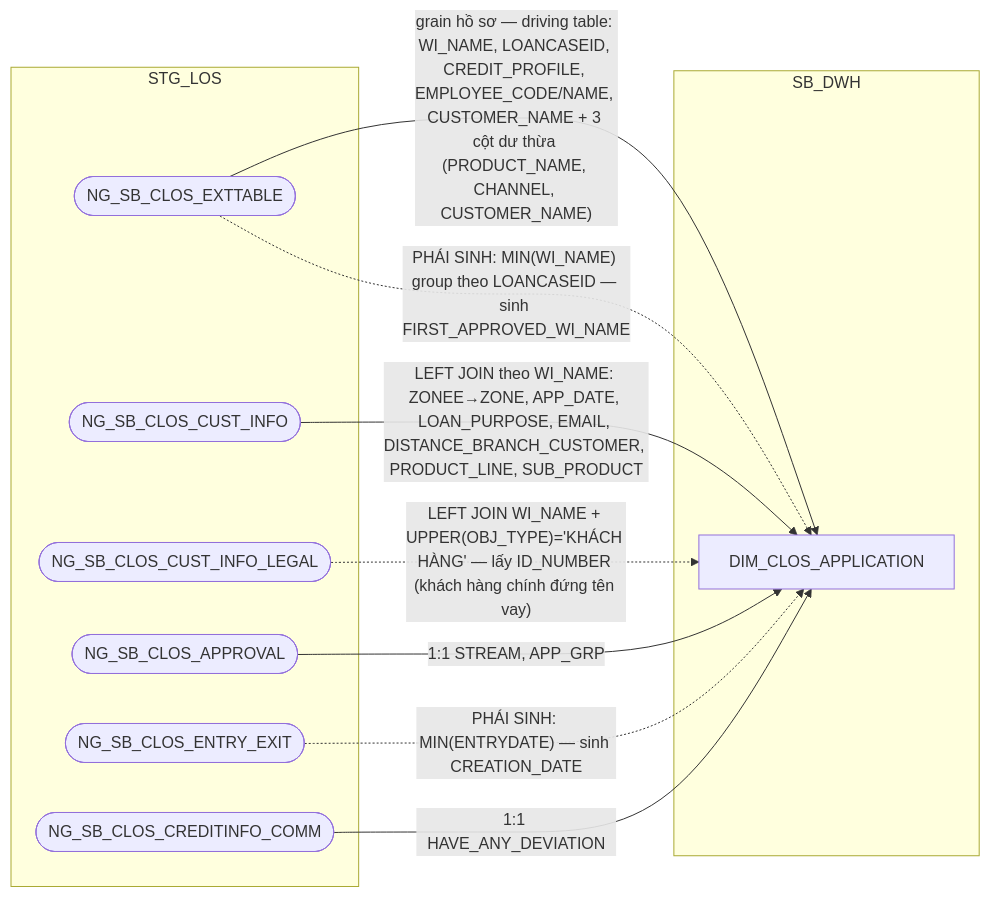
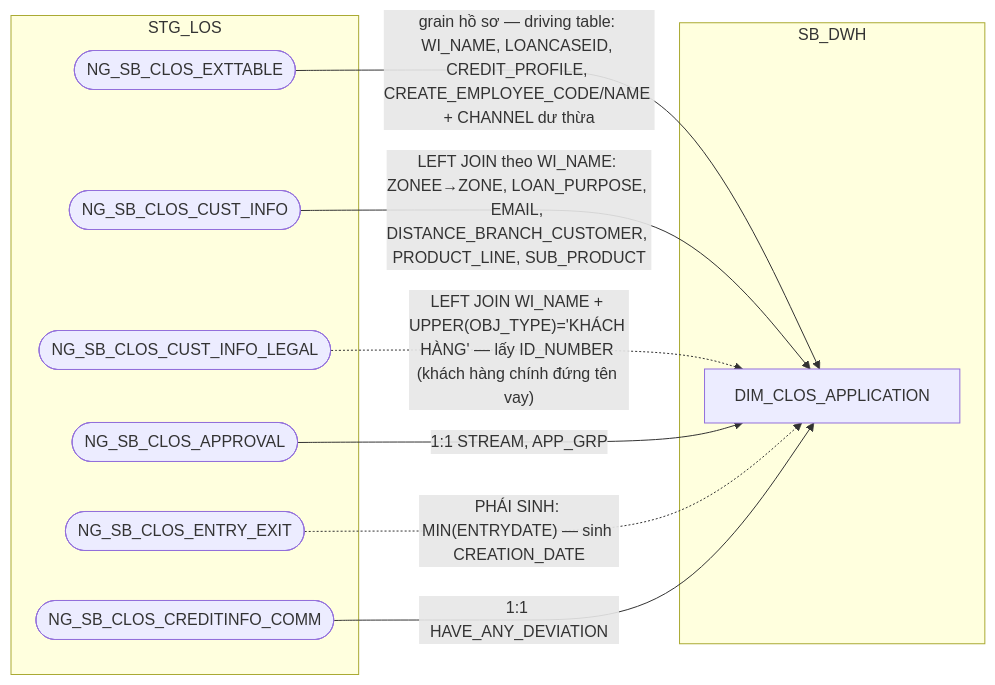
The third of 14 diagrams in hld/hld_review/HLD_DIM_SB_DWH_review.md (chien1198/sb-mapping-gen), drawn with Mermaid before and after one commit. The commit also changed other lines of this file and 124 other files, not shown here.

````diff
--- a/hld/hld_review/HLD_DIM_SB_DWH_review.md
+++ b/hld/hld_review/HLD_DIM_SB_DWH_review.md
@@ -127,21 +125,20 @@
 ```mermaid
 flowchart LR
     subgraph STG_LOS
         A(["NG_SB_CLOS_CUST_INFO"])
         B(["NG_SB_CLOS_APPROVAL"])
         C(["NG_SB_CLOS_EXTTABLE"])
         E(["NG_SB_CLOS_ENTRY_EXIT"])
         G(["NG_SB_CLOS_CREDITINFO_COMM"])
         L(["NG_SB_CLOS_CUST_INFO_LEGAL"])
     end
     subgraph SB_DWH
         F["DIM_CLOS_APPLICATION"]
     end
-    C -->|"grain hồ sơ — driving table: WI_NAME, LOANCASEID, CREDIT_PROFILE, EMPLOYEE_CODE/NAME, CUSTOMER_NAME + 3 cột dư thừa (PRODUCT_NAME, CHANNEL, CUSTOMER_NAME)"| F
-    C -.->|"PHÁI SINH: MIN(WI_NAME) group theo LOANCASEID — sinh FIRST_APPROVED_WI_NAME"| F
-    A -->|"LEFT JOIN theo WI_NAME: ZONEE→ZONE, APP_DATE, LOAN_PURPOSE, EMAIL, DISTANCE_BRANCH_CUSTOMER, PRODUCT_LINE, SUB_PRODUCT "| F
+    C -->|"grain hồ sơ — driving table: WI_NAME, LOANCASEID, CREDIT_PROFILE, CREATE_EMPLOYEE_CODE/NAME + CHANNEL dư thừa"| F
+    A -->|"LEFT JOIN theo WI_NAME: ZONEE→ZONE, LOAN_PURPOSE, EMAIL, DISTANCE_BRANCH_CUSTOMER, PRODUCT_LINE, SUB_PRODUCT "| F
     L -.->|"LEFT JOIN WI_NAME + UPPER(OBJ_TYPE)='KHÁCH HÀNG' — lấy ID_NUMBER (khách hàng chính đứng tên vay)"| F
     B -->|"1:1 STREAM, APP_GRP"| F
     E -.->|"PHÁI SINH: MIN(ENTRYDATE) — sinh CREATION_DATE"| F
     G -->|1:1 HAVE_ANY_DEVIATION| F
 ```
````
